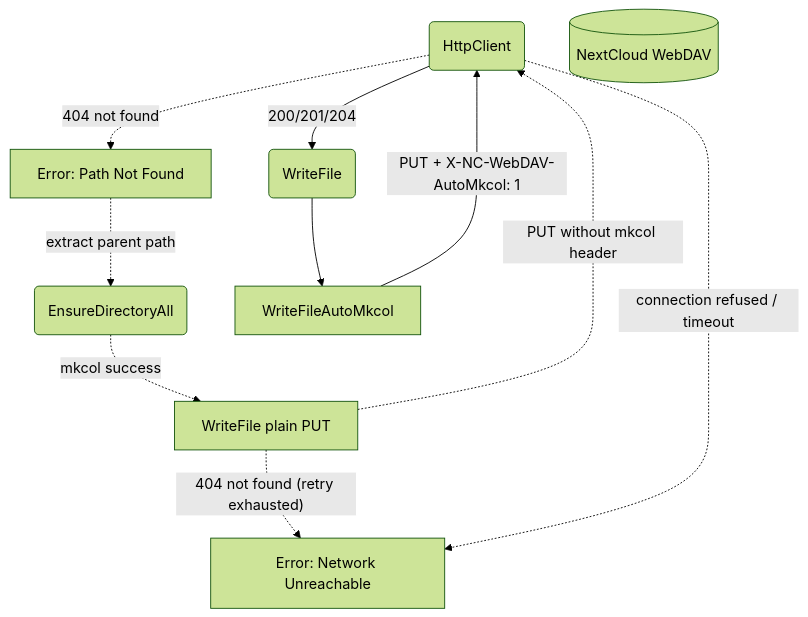
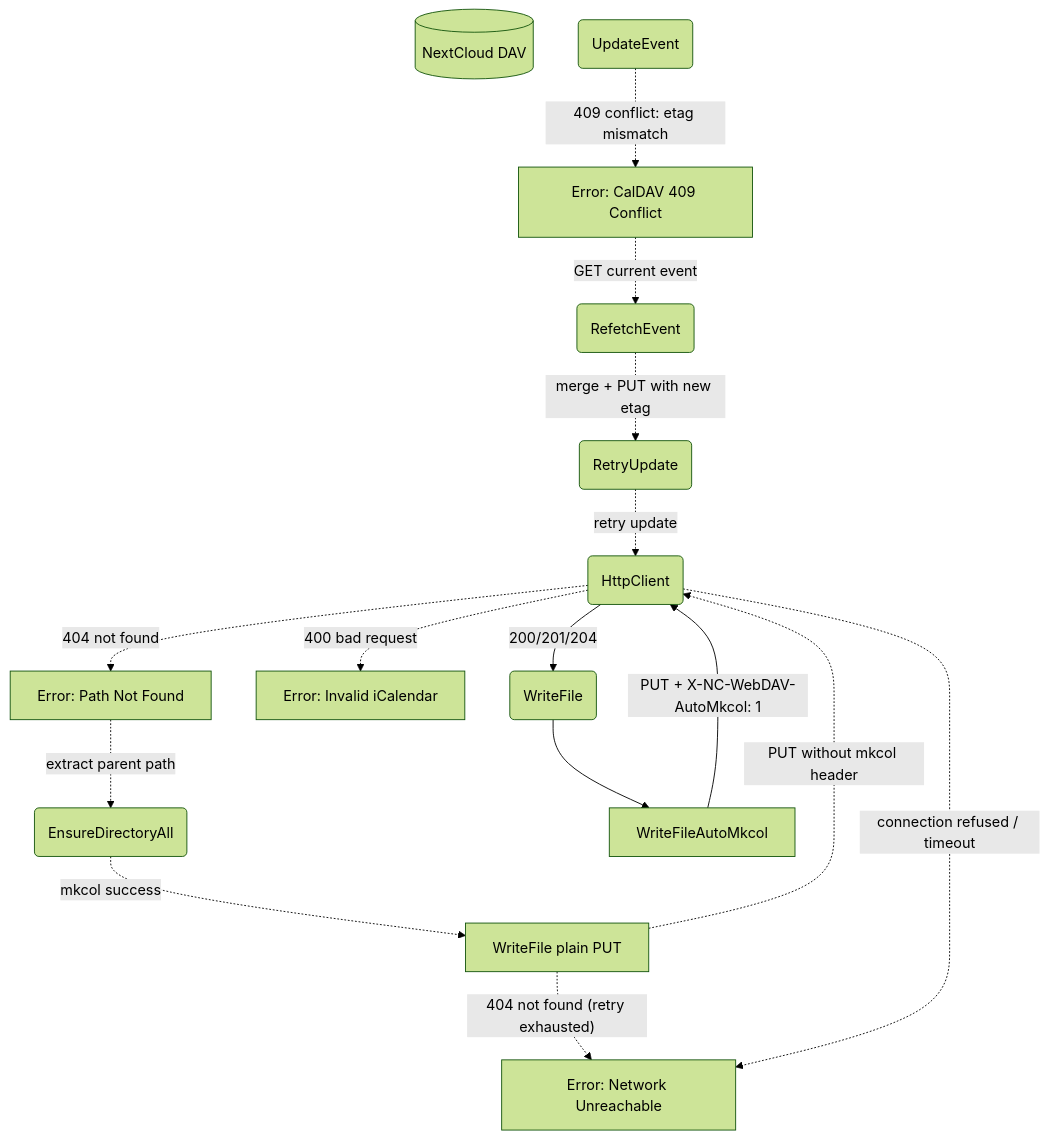
The second of 6 diagrams in _dfds/base/webdav.md (cosmoswafer/rockbot), drawn with Mermaid (forest theme) before and after one commit. The commit also changed other lines of this file and 1 other file, not shown here.

Commit message:
docs: update DFDs for JSON memory archives and CalDAV support

````diff
--- a/_dfds/base/webdav.md
+++ b/_dfds/base/webdav.md
@@ -73,21 +131,31 @@
 ```mermaid
 flowchart TD
     HTTP(HttpClient)
-    NC[(NextCloud WebDAV)]
+    NC[(NextCloud DAV)]
     ERR_404[Error: Path Not Found]
     ERR_NET[Error: Network Unreachable]
+    ERR_CONFLICT[Error: CalDAV 409 Conflict]
+    ERR_BAD_ICS[Error: Invalid iCalendar]
     MKDIR_ALL(EnsureDirectoryAll)
     WRITE(WriteFile)
     WRITE_SIMPLE[WriteFile plain PUT]
     AUTO_MKCOL[WriteFileAutoMkcol]
+    CAL_UPD(UpdateEvent)
+    CAL_REFETCH(RefetchEvent)
+    CAL_RETRY(RetryUpdate)
 
     WRITE --> AUTO_MKCOL
     AUTO_MKCOL -->|"PUT + X-NC-WebDAV-AutoMkcol: 1"| HTTP
     HTTP -->|"200/201/204"| WRITE
     HTTP -.->|"404 not found"| ERR_404
     ERR_404 -.->|"extract parent path"| MKDIR_ALL
     MKDIR_ALL -.->|"mkcol success"| WRITE_SIMPLE
     WRITE_SIMPLE -.->|"PUT without mkcol header"| HTTP
     WRITE_SIMPLE -.->|"404 not found (retry exhausted)"| ERR_NET
     HTTP -.->|"connection refused / timeout"| ERR_NET
+    CAL_UPD -.->|"409 conflict: etag mismatch"| ERR_CONFLICT
+    ERR_CONFLICT -.->|"GET current event"| CAL_REFETCH
+    CAL_REFETCH -.->|"merge + PUT with new etag"| CAL_RETRY
+    CAL_RETRY -.->|"retry update"| HTTP
+    HTTP -.->|"400 bad request"| ERR_BAD_ICS
 ```
````
